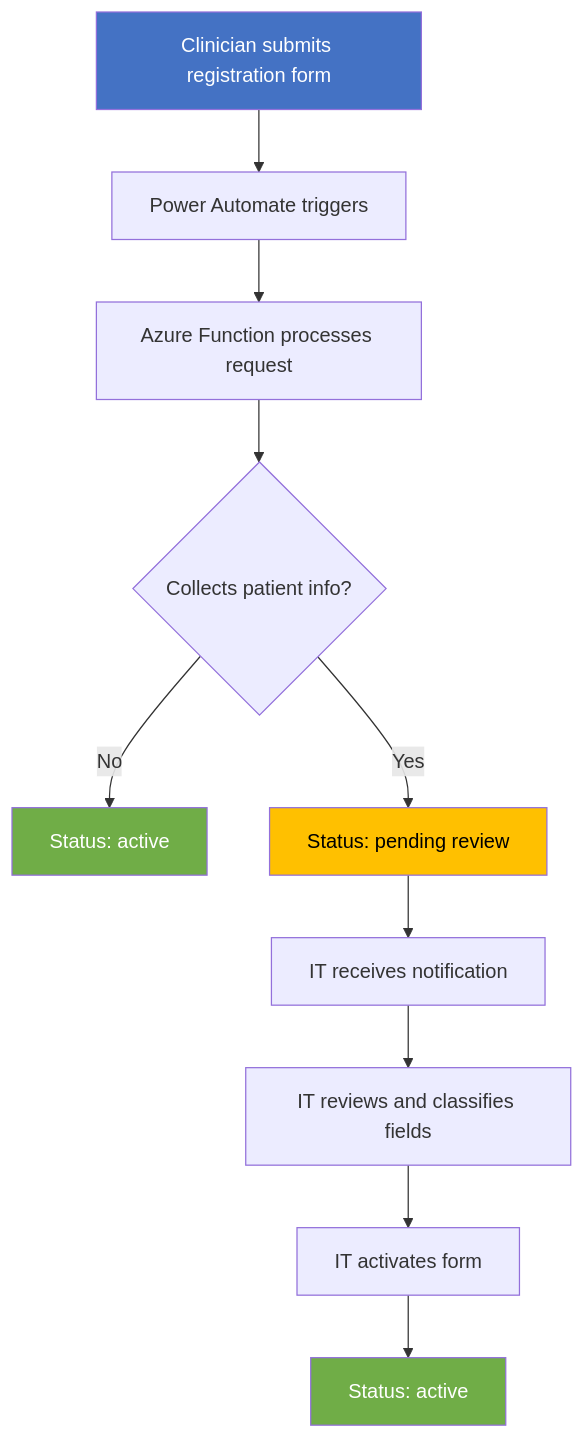
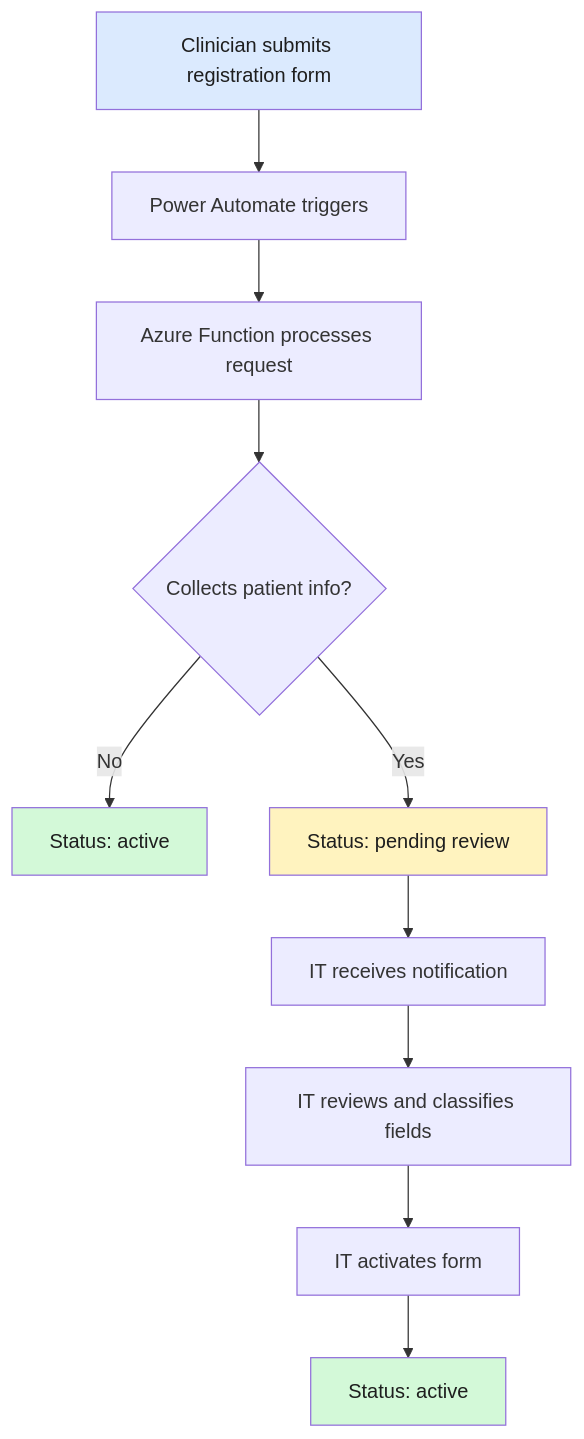
The diagram in docs/registration-form-template.md (michaelhuot-msft/forms-to-fabric), drawn with Mermaid before and after one commit. The commit also changed 3 other files, not shown here.

First line of the commit message:
Fix WCAG 2.1 AA accessibility issues in diagrams

````diff
--- a/docs/registration-form-template.md
+++ b/docs/registration-form-template.md
@@ -99,17 +99,17 @@
 ```mermaid
 flowchart TD
     A[Clinician submits registration form] --> B[Power Automate triggers]
     B --> C[Azure Function processes request]
     C --> D{Collects patient info?}
     D -- No --> E[Status: active]
     D -- Yes --> F[Status: pending review]
     F --> G[IT receives notification]
     G --> H[IT reviews and classifies fields]
     H --> I[IT activates form]
     I --> J[Status: active]
 
-    style A fill:#4472C4,color:#fff
-    style E fill:#70AD47,color:#fff
-    style J fill:#70AD47,color:#fff
-    style F fill:#FFC000,color:#000
+    style A fill:#dbeafe,color:#1e1e1e
+    style E fill:#d3f9d8,color:#1e1e1e
+    style J fill:#d3f9d8,color:#1e1e1e
+    style F fill:#fff3bf,color:#1e1e1e
 ```
````
